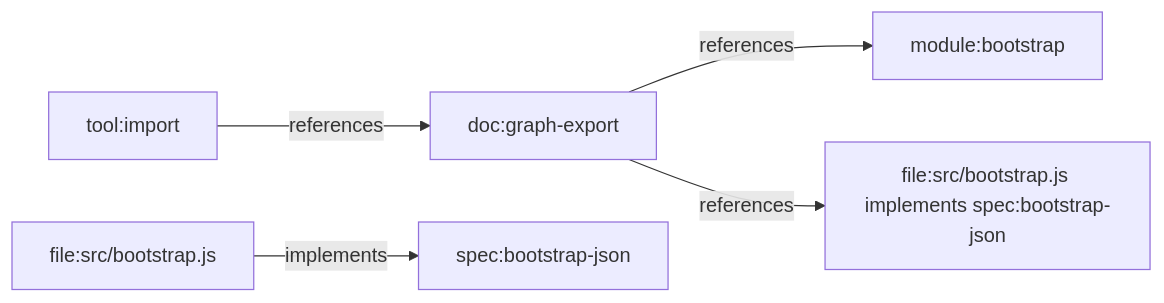
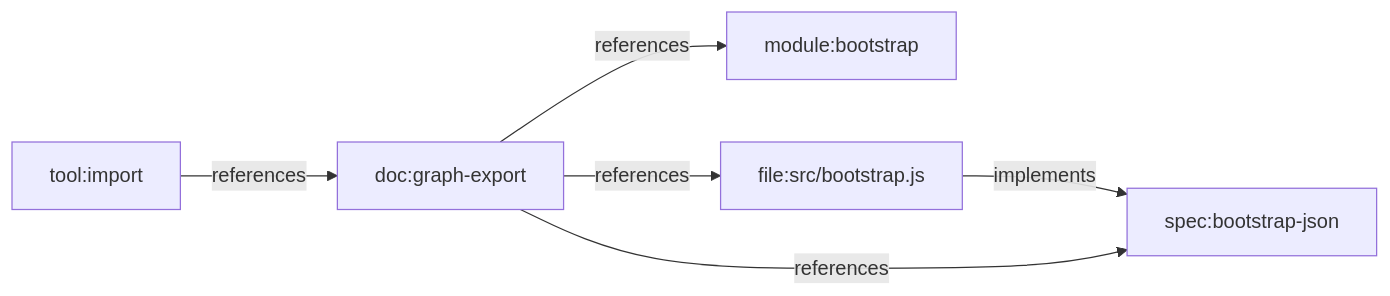
Before and after one commit to flyingrobots/git-mind: the diagram in docs/design/feature-profiles/import-export-interchange.md, drawn with Mermaid. The commit also changed 9 other files, not shown here.

Commit message:
docs: address graph model review findings (#322)

````diff
--- a/docs/design/feature-profiles/import-export-interchange.md
+++ b/docs/design/feature-profiles/import-export-interchange.md
@@ -63,7 +63,8 @@
 ```mermaid
 flowchart LR
     Export["doc:graph-export"] -->|references| Node["module:bootstrap"]
-    Export -->|references| Edge["file:src/bootstrap.js implements spec:bootstrap-json"]
     File["file:src/bootstrap.js"] -->|implements| Spec["spec:bootstrap-json"]
+    Export -->|references| File
+    Export -->|references| Spec
     Import["tool:import"] -->|references| Export
 ```
````
